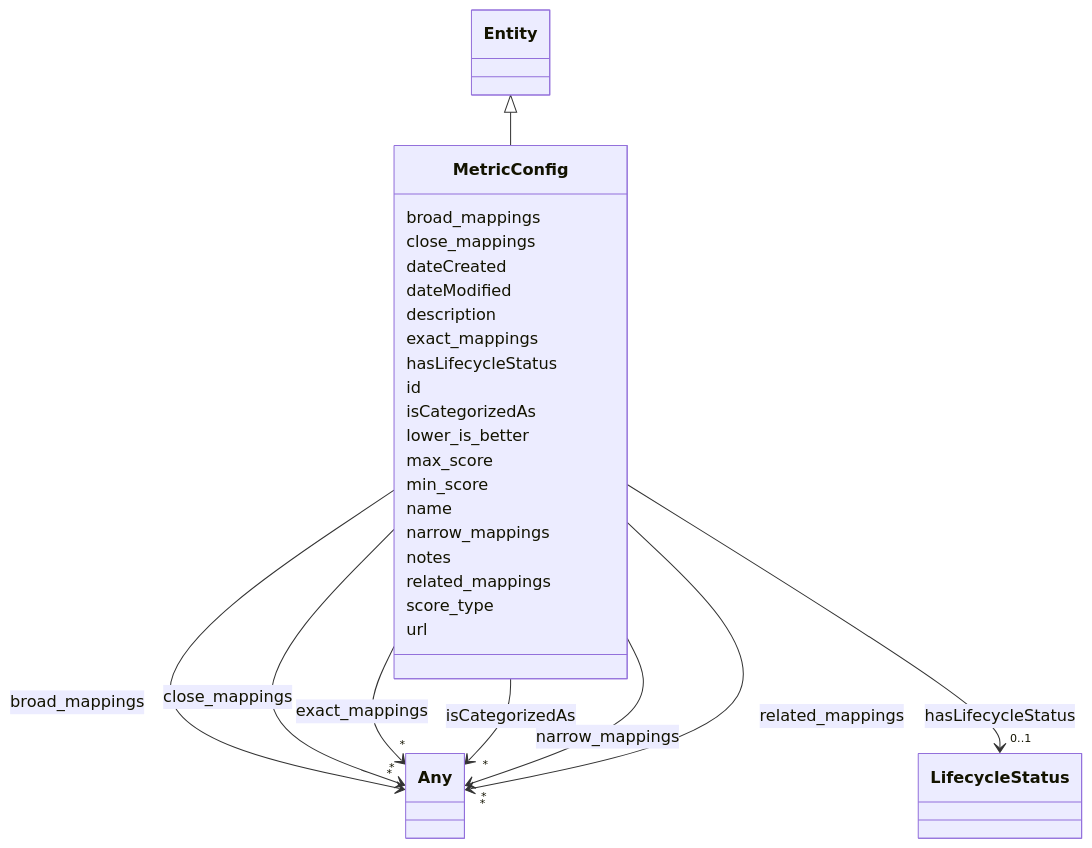
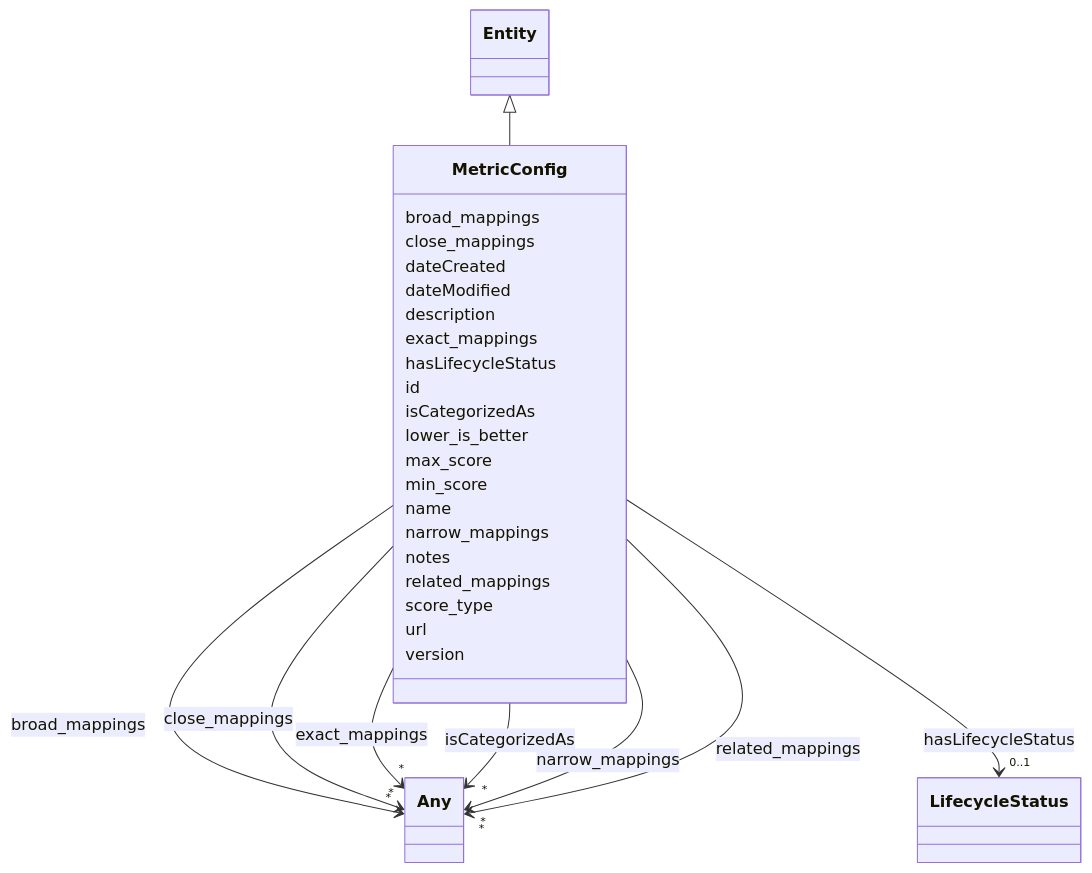
Before and after one commit to IBM/ai-atlas-nexus: the diagram in docs/ontology/MetricConfig.md, drawn with Mermaid. The commit also changed other lines of this file and 101 other files, not shown here.

````diff
--- a/docs/ontology/MetricConfig.md
+++ b/docs/ontology/MetricConfig.md
@@ -117,5 +117,7 @@
 
       MetricConfig : url
 
+      MetricConfig : version
+
 
 ```
````
